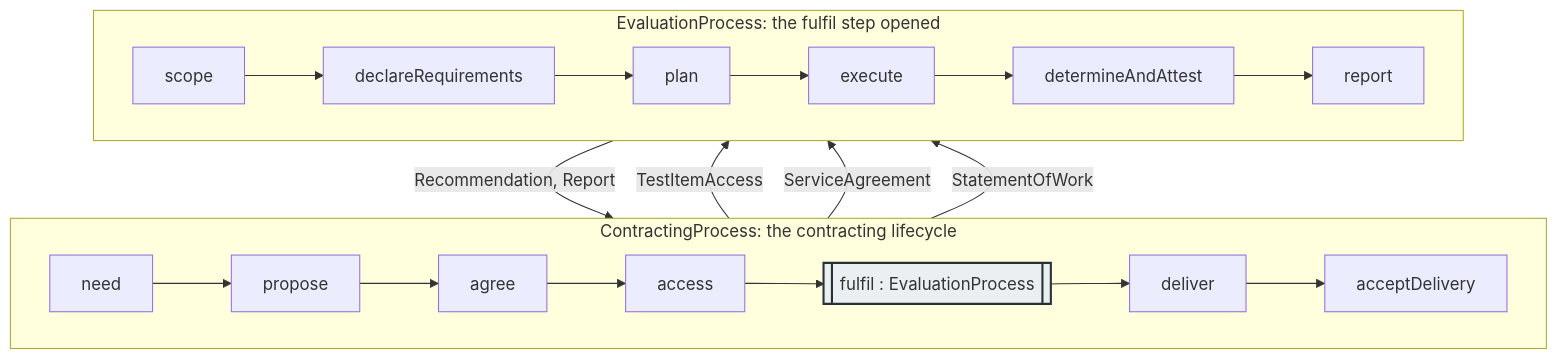
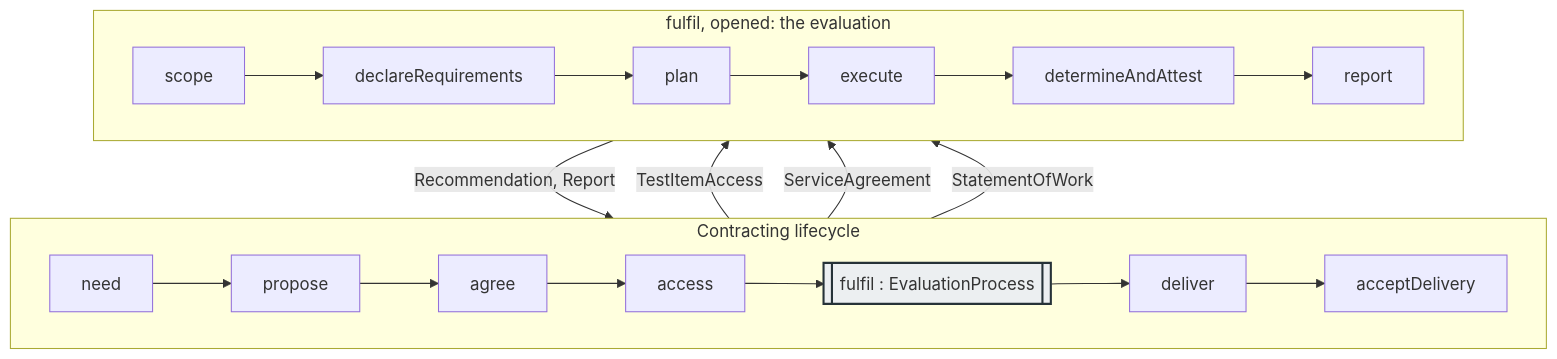
The diagram in generated/nesting.md (DynamicalSystemsGroup/og-caie-spec), drawn with Mermaid before and after one commit. The commit also changed 60 other files, not shown here.

````diff
--- a/generated/nesting.md
+++ b/generated/nesting.md
@@ -3,17 +1,17 @@
 ```{mermaid}
 flowchart TB
-  subgraph OUTER["ContractingProcess: the contracting lifecycle"]
+  subgraph OUTER["Contracting lifecycle"]
     direction LR
     o_need[need] --> o_propose[propose] --> o_agree[agree] --> o_access[access] --> o_fulfil[["fulfil : EvaluationProcess"]] --> o_deliver[deliver] --> o_acceptDelivery[acceptDelivery]
   end
-  subgraph INNER["EvaluationProcess: the fulfil step opened"]
+  subgraph INNER["fulfil, opened: the evaluation"]
     direction LR
     i_scope[scope] --> i_declareRequirements[declareRequirements] --> i_plan[plan] --> i_execute[execute] --> i_determineAndAttest[determineAndAttest] --> i_report[report]
   end
   i_report -- "Recommendation, Report" --> o_deliver
   o_access -- "TestItemAccess" --> i_execute
   o_agree -- "ServiceAgreement" --> i_declareRequirements
   o_agree -- "StatementOfWork" --> i_scope
   classDef black fill:#eceff1,stroke:#263238,stroke-width:2px;
   class o_fulfil black;
 ```
````
